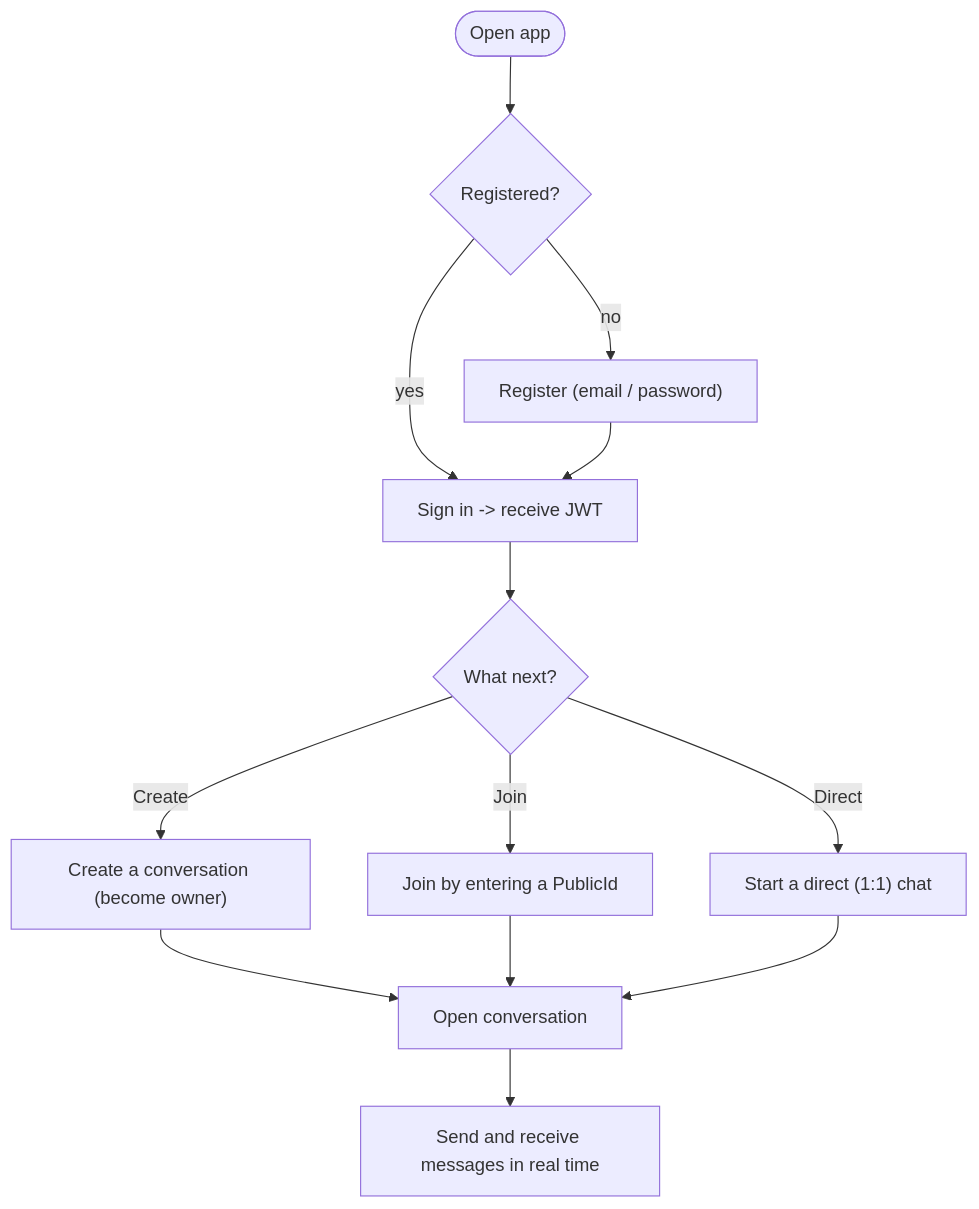
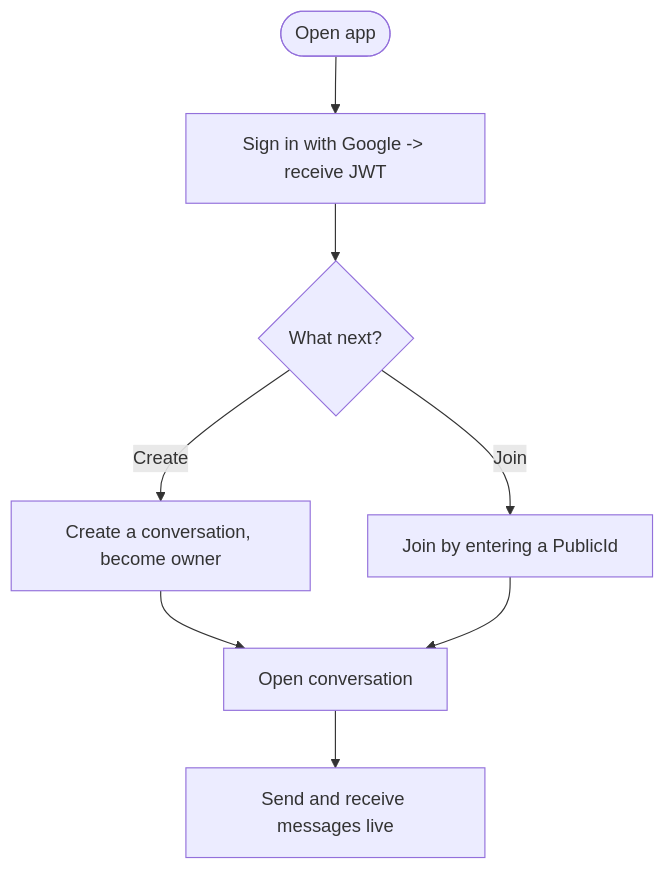
One commit to phanxuanquang/jetomax-assignment changed the third of 4 diagrams in docs/software-requirements-specification.md. Above: the diagram before and after it, drawn with Mermaid. The commit also changed other lines of this file and 5 other files, not shown here.

````diff
--- a/docs/software-requirements-specification.md
+++ b/docs/software-requirements-specification.md
@@ -181,15 +169,10 @@
 ```mermaid
 flowchart TD
-    Start(["Open app"]) --> Reg{"Registered?"}
-    Reg -->|no| Register["Register (email / password)"]
-    Reg -->|yes| Signin["Sign in -> receive JWT"]
-    Register --> Signin
+    Start(["Open app"]) --> Signin["Sign in with Google -> receive JWT"]
     Signin --> Choice{"What next?"}
-    Choice -->|Create| Create["Create a conversation (become owner)"]
+    Choice -->|Create| Create["Create a conversation, become owner"]
     Choice -->|Join| Join["Join by entering a PublicId"]
-    Choice -->|Direct| Direct["Start a direct (1:1) chat"]
     Create --> Open["Open conversation"]
     Join --> Open
-    Direct --> Open
-    Open --> Live["Send and receive messages in real time"]
+    Open --> Live["Send and receive messages live"]
 ```
````
